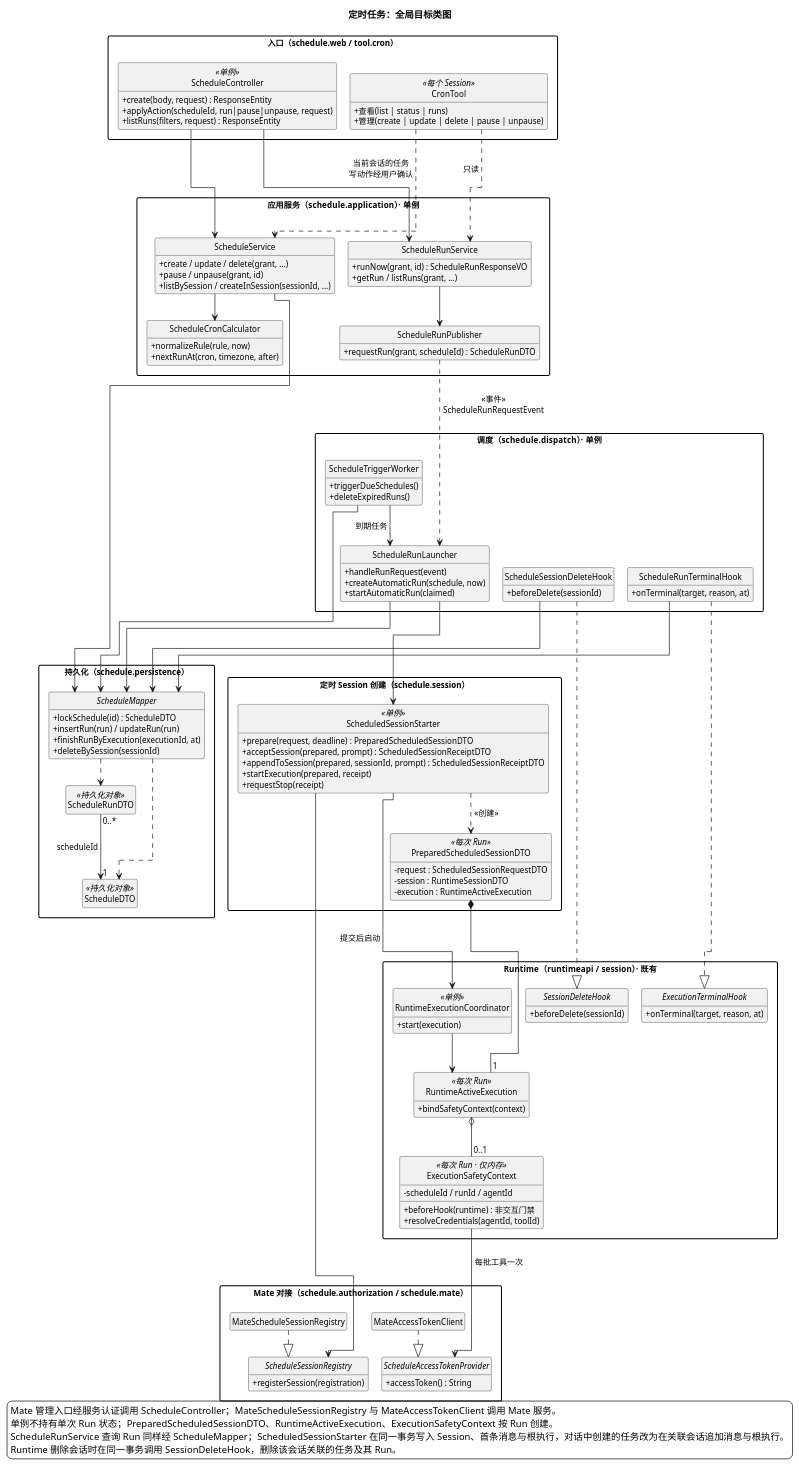
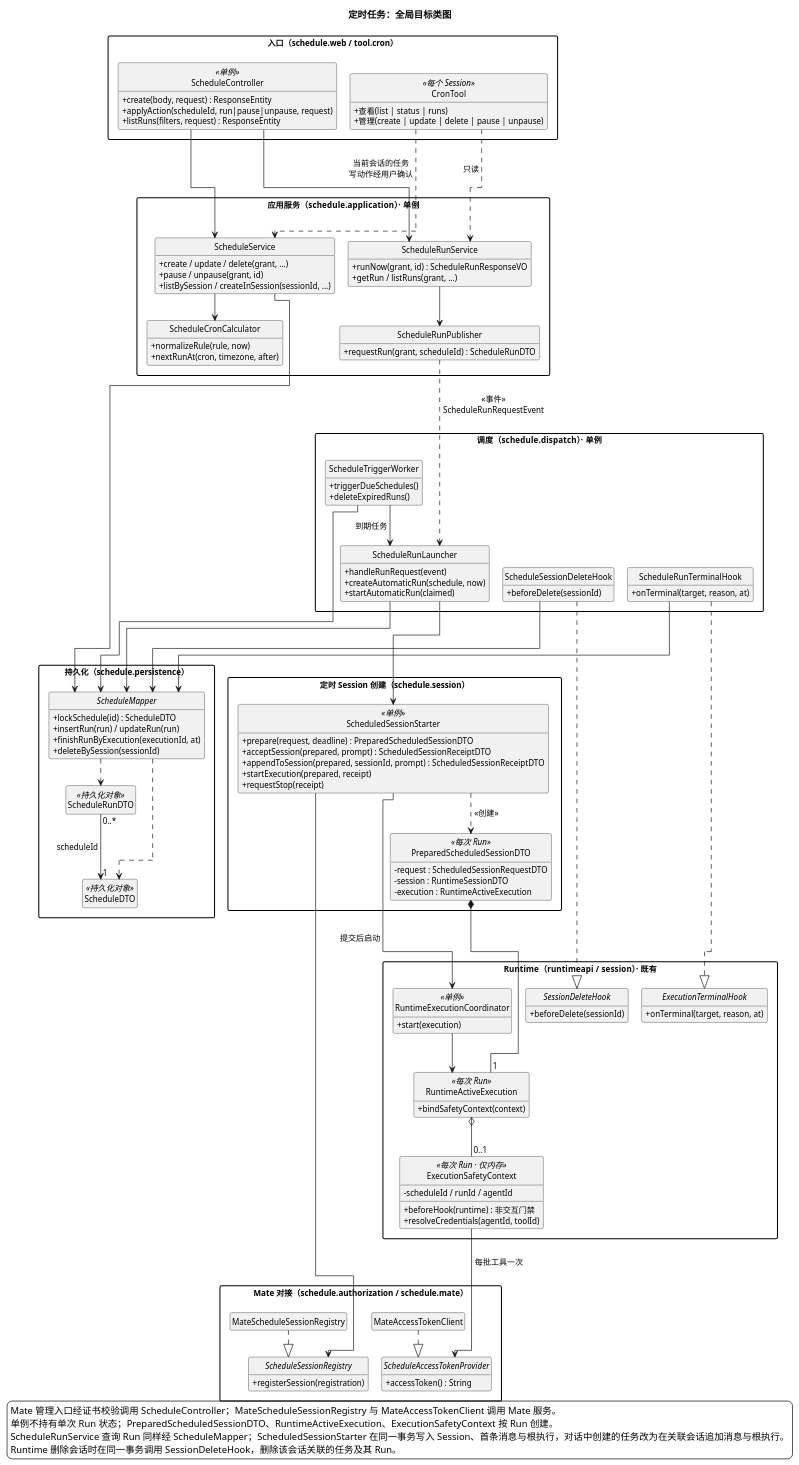
One commit to ssm0808/pi-mono-java-design changed the second of 8 diagrams in 01-总体架构/08-CampusClaw定时任务/diagram.puml. Above: the diagram before and after it, drawn with PlantUML. The commit also changed other lines of this file and 7 other files, not shown here.

```diff
--- a/01-总体架构/08-CampusClaw定时任务/diagram.puml
+++ b/01-总体架构/08-CampusClaw定时任务/diagram.puml
@@ -45,168 +45,168 @@
 @startuml scheduled_task_architecture
 ' 实现：superheromeZzh/pi-mono-java PR #332，codex/scheduled-task-backend bdd3af99，核对日期 2026-10-15。
 ' 源码：modules/coding-agent-cli/src/main/java/com/campusclaw/codingagent/schedule/dispatch/ScheduleRunLauncher.java handleRunRequest、createAutomaticRun、startAutomaticRun。
 ' 源码：modules/coding-agent-cli/src/main/java/com/campusclaw/codingagent/schedule/session/ScheduledSessionStarter.java prepare、acceptSession、startExecution、requestStop。
 ' 源码：modules/coding-agent-cli/src/main/java/com/campusclaw/codingagent/runtimeapi/runtime/RuntimeActiveExecution.java bindSafetyContext。
 ' 源码：modules/coding-agent-cli/src/main/java/com/campusclaw/codingagent/session/ExecutionSafetyContext.java beforeHook、resolveCredentials。
 ' 源码：modules/coding-agent-cli/src/main/java/com/campusclaw/codingagent/schedule/application/ScheduleRunPublisher.java requestRun。
 ' 设计原因：立即运行经进程内事件到达 Run 启动器，避免 Runtime 装配构造依赖环。
 ' 设计原因：服务直接使用 ScheduleMapper 收发 DTO，不另设仓储接口。
 ' 产品约束：接口配置的任务每次 Run 使用关联的 Agent 定义新建 Session；对话中创建的任务在关联会话追加一轮；定时执行非交互。
 ' 目标：CronTool 写动作、会话删除扩展点与 deleteBySession 待实现（README.md 第 3.12、3.13 节）。
 title 定时任务：全局目标类图
 !pragma layout elk
 top to bottom direction
 set separator none
 skinparam backgroundColor white
 skinparam shadowing false
 skinparam defaultFontSize 12
 skinparam classAttributeIconSize 0
 skinparam packageStyle rectangle
 skinparam nodesep 40
 skinparam ranksep 50
 hide empty members
 hide circle
 
 package "入口（schedule.web / tool.cron）" as EntryPkg {
   class ScheduleController <<单例>> {
     + create(body, request) : ResponseEntity
     + applyAction(scheduleId, run|pause|unpause, request)
     + listRuns(filters, request) : ResponseEntity
   }
   class CronTool <<每个 Session>> {
     + 查看(list | status | runs)
     + 管理(create | update | delete | pause | unpause)
   }
 }
 
 package "应用服务（schedule.application）· 单例" as AppPkg {
   class ScheduleService {
     + create / update / delete(grant, ...)
     + pause / unpause(grant, id)
     + listBySession / createInSession(sessionId, ...)
   }
   class ScheduleRunService {
     + runNow(grant, id) : ScheduleRunResponseVO
     + getRun / listRuns(grant, ...)
   }
   class ScheduleRunPublisher {
     + requestRun(grant, scheduleId) : ScheduleRunDTO
   }
   class ScheduleCronCalculator {
     + normalizeRule(rule, now)
     + nextRunAt(cron, timezone, after)
   }
 }
 
 package "调度（schedule.dispatch）· 单例" as DispatchPkg {
   class ScheduleTriggerWorker {
     + triggerDueSchedules()
     + deleteExpiredRuns()
   }
   class ScheduleRunLauncher {
     + handleRunRequest(event)
     + createAutomaticRun(schedule, now)
     + startAutomaticRun(claimed)
   }
   class ScheduleRunTerminalHook {
     + onTerminal(target, reason, at)
   }
   class ScheduleSessionDeleteHook {
     + beforeDelete(sessionId)
   }
 }
 
 package "定时 Session 创建（schedule.session）" as StarterPkg {
   class ScheduledSessionStarter <<单例>> {
     + prepare(request, deadline) : PreparedScheduledSessionDTO
     + acceptSession(prepared, prompt) : ScheduledSessionReceiptDTO
     + appendToSession(prepared, sessionId, prompt) : ScheduledSessionReceiptDTO
     + startExecution(prepared, receipt)
     + requestStop(receipt)
   }
   class PreparedScheduledSessionDTO <<每次 Run>> {
     - request : ScheduledSessionRequestDTO
     - session : RuntimeSessionDTO
     - execution : RuntimeActiveExecution
   }
 }
 
 package "Runtime（runtimeapi / session）· 既有" as RuntimePkg {
   class RuntimeExecutionCoordinator <<单例>> {
     + start(execution)
   }
   class RuntimeActiveExecution <<每次 Run>> {
     + bindSafetyContext(context)
   }
   class ExecutionSafetyContext <<每次 Run · 仅内存>> {
     - scheduleId / runId / agentId
     + beforeHook(runtime) : 非交互门禁
     + resolveCredentials(agentId, toolId)
   }
   interface ExecutionTerminalHook {
     + onTerminal(target, reason, at)
   }
   interface SessionDeleteHook {
     + beforeDelete(sessionId)
   }
 }
 
 package "Mate 对接（schedule.authorization / schedule.mate）" as MatePkg {
   interface ScheduleSessionRegistry {
     + registerSession(registration)
   }
   interface ScheduleAccessTokenProvider {
     + accessToken() : String
   }
   class MateScheduleSessionRegistry
   class MateAccessTokenClient
 }
 
 package "持久化（schedule.persistence）" as PersistPkg {
   interface ScheduleMapper {
     + lockSchedule(id) : ScheduleDTO
     + insertRun(run) / updateRun(run)
     + finishRunByExecution(executionId, at)
     + deleteBySession(sessionId)
   }
   class ScheduleDTO <<持久化对象>>
   class ScheduleRunDTO <<持久化对象>>
 }
 
 ScheduleController --> ScheduleService
 ScheduleController --> ScheduleRunService
 CronTool ..> ScheduleService : 当前会话的任务\n写动作经用户确认
 CronTool ..> ScheduleRunService : 只读
 ScheduleService --> ScheduleCronCalculator
 ScheduleRunService --> ScheduleRunPublisher
 ScheduleRunPublisher ..> ScheduleRunLauncher : <<事件>>\nScheduleRunRequestEvent
 ScheduleTriggerWorker --> ScheduleRunLauncher : 到期任务
 ScheduleRunLauncher --> ScheduledSessionStarter
 ScheduledSessionStarter ..> PreparedScheduledSessionDTO : <<创建>>
 PreparedScheduledSessionDTO *-- "1" RuntimeActiveExecution
 RuntimeActiveExecution o-- "0..1" ExecutionSafetyContext
 ScheduledSessionStarter --> RuntimeExecutionCoordinator : 提交后启动
 RuntimeExecutionCoordinator --> RuntimeActiveExecution
 ScheduledSessionStarter --> ScheduleSessionRegistry
 ExecutionSafetyContext --> ScheduleAccessTokenProvider : 每批工具一次
 ScheduleRunTerminalHook ..|> ExecutionTerminalHook
 MateScheduleSessionRegistry ..|> ScheduleSessionRegistry
 MateAccessTokenClient ..|> ScheduleAccessTokenProvider
 ScheduleService --> ScheduleMapper
 ScheduleRunLauncher --> ScheduleMapper
 ScheduleTriggerWorker --> ScheduleMapper
 ScheduleRunTerminalHook --> ScheduleMapper
 ScheduleSessionDeleteHook ..|> SessionDeleteHook
 ScheduleSessionDeleteHook --> ScheduleMapper
 ScheduleMapper ..> ScheduleDTO
 ScheduleMapper ..> ScheduleRunDTO
 ScheduleRunDTO "0..*" --> "1" ScheduleDTO : scheduleId
 
 
 legend bottom left
-Mate 管理入口经服务认证调用 ScheduleController；MateScheduleSessionRegistry 与 MateAccessTokenClient 调用 Mate 服务。
+Mate 管理入口经证书校验调用 ScheduleController；MateScheduleSessionRegistry 与 MateAccessTokenClient 调用 Mate 服务。
 单例不持有单次 Run 状态；PreparedScheduledSessionDTO、RuntimeActiveExecution、ExecutionSafetyContext 按 Run 创建。
 ScheduleRunService 查询 Run 同样经 ScheduleMapper；ScheduledSessionStarter 在同一事务写入 Session、首条消息与根执行，对话中创建的任务改为在关联会话追加消息与根执行。
 Runtime 删除会话时在同一事务调用 SessionDeleteHook，删除该会话关联的任务及其 Run。
 endlegend
 @enduml
```
